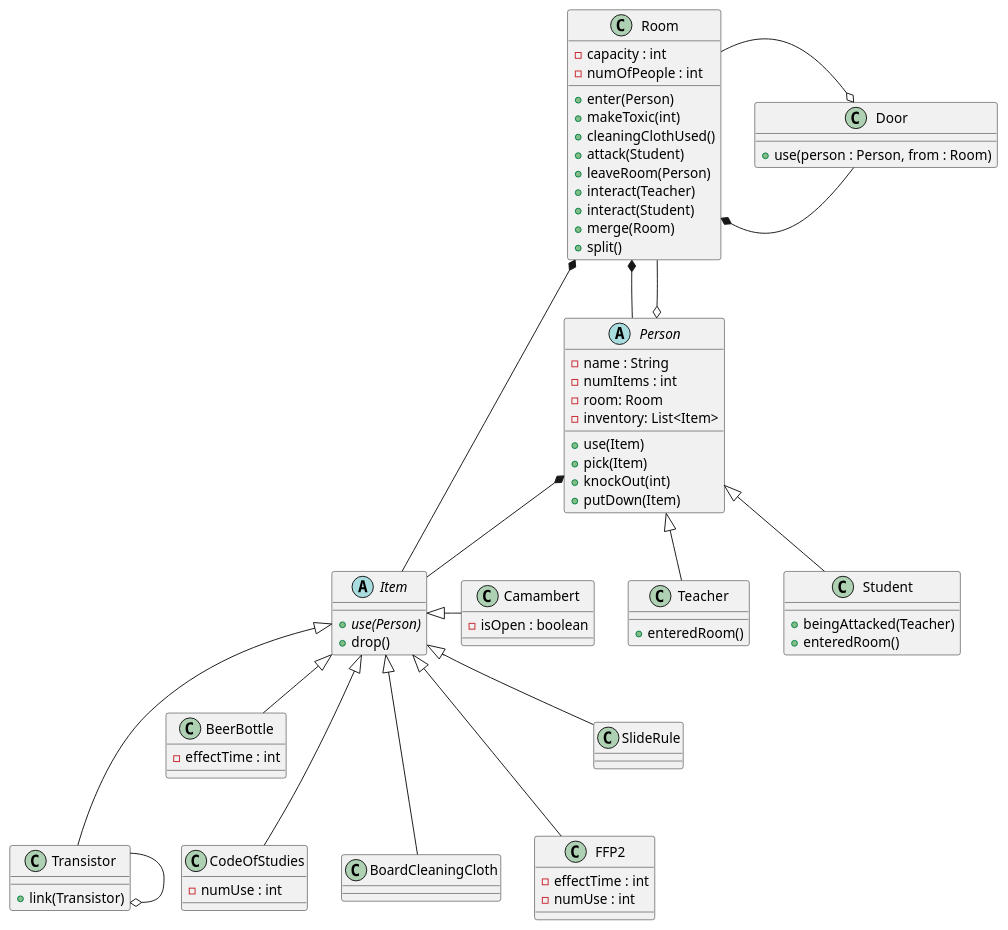
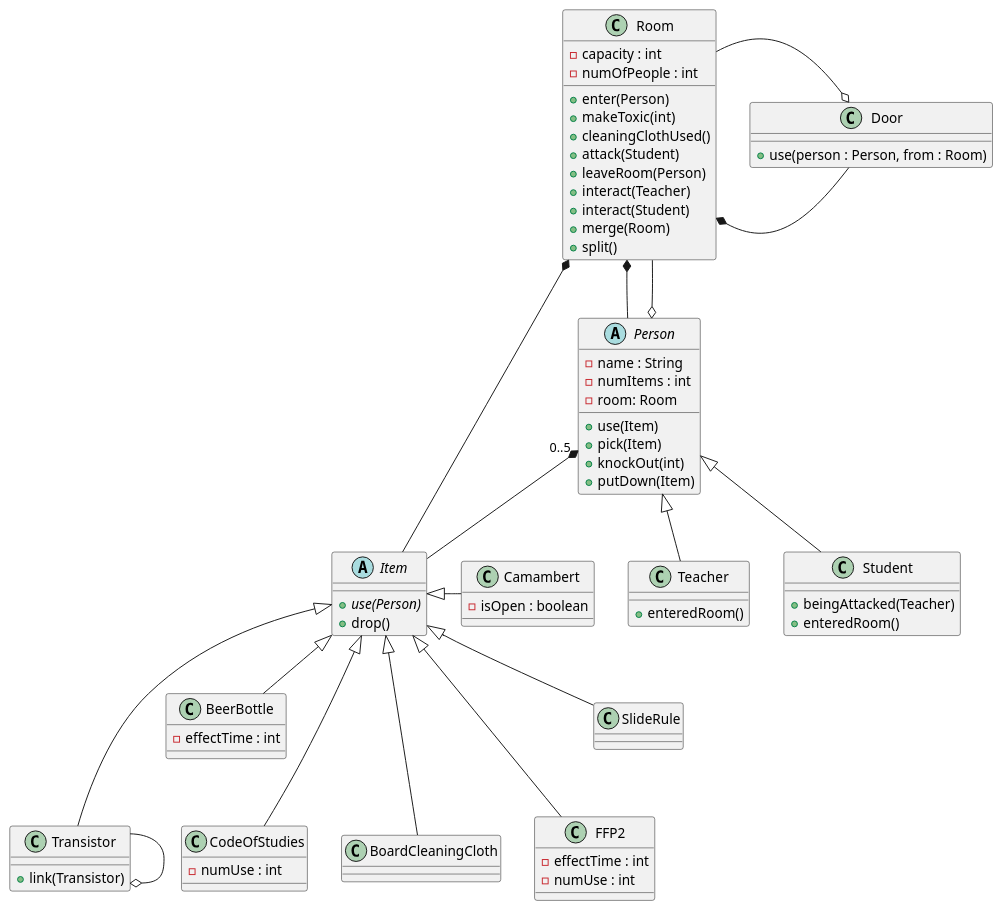
The diagram in docs/diagrams/class/static-structure.puml (sn4k3ch4rm3r/logarlec), drawn with PlantUML before and after one commit.

Commit message:
Fixed the mistakeof defining a list of Items in the Persons class

```diff
--- a/docs/diagrams/class/static-structure.puml
+++ b/docs/diagrams/class/static-structure.puml
@@ -1,79 +1,78 @@
 @startuml static-structure
 abstract class Person {
     -name : String
     -numItems : int
     -room: Room
-    -inventory: List<Item>
     +use(Item) 
     +pick(Item)
     +knockOut(int)
     +putDown(Item)
 }
 abstract Item {
     {abstract} +use(Person)
     +drop()
 }
 class Room {
     -capacity : int
     -numOfPeople : int
     +enter(Person)
     +makeToxic(int)
     +cleaningClothUsed()
     +attack(Student)
     +leaveRoom(Person)
 	+interact(Teacher)
 	+interact(Student)
     +merge(Room)
     +split()
 }
 class Door {
     +use(person : Person, from : Room)
 }
 class Transistor {
 	+link(Transistor)
 }
 class Camambert {
     -isOpen : boolean
 }
 class BeerBottle {
     -effectTime : int
 }
 class CodeOfStudies {
     -numUse : int
 }
 class BoardCleaningCloth {
 }
 class FFP2 {
     -effectTime : int
     -numUse : int
 }
 class SlideRule {
 }
 
 class Teacher {
     +enteredRoom()
 }
 class Student {
     +beingAttacked(Teacher)
     +enteredRoom()
 }
 
  Person <|-- Student
  Person <|-- Teacher
  Room *-- Person
  Room *-- Item
  Room *- Door
  Room -o Door
  Room --o Person
  Transistor --o Transistor
 
- Person *-- Item
+ Person "0..5"*-- Item
  Item <|--- CodeOfStudies
  Item <|-- SlideRule
  Item <|--- Transistor
  Item <|-- BeerBottle
  Item <|--- BoardCleaningCloth
  Item <|--- FFP2
  Item <|- Camambert
 '  Door <|-- Transistor
 @enduml
```
